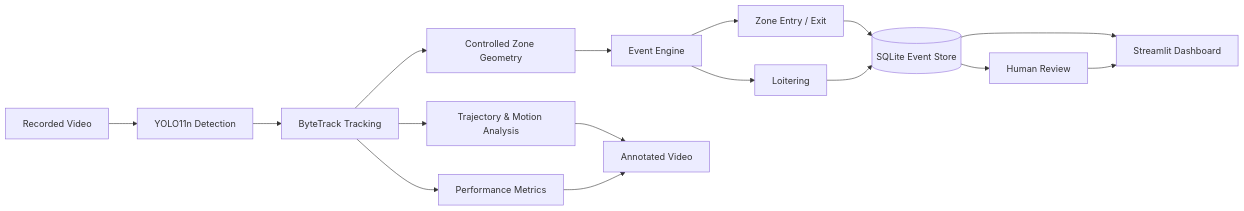
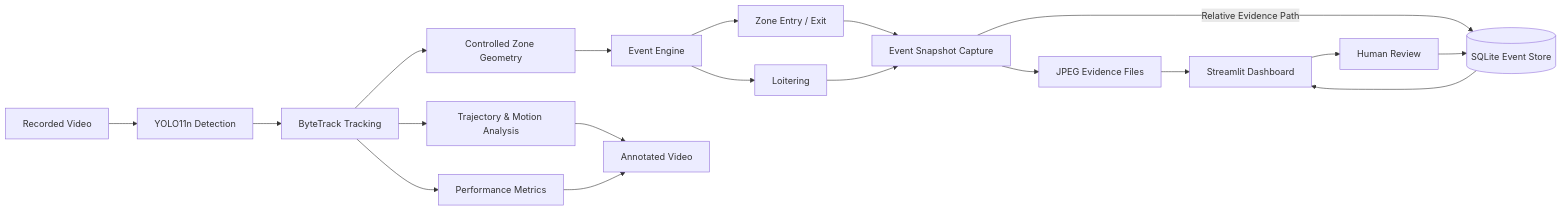
One commit to zelihakb/edge-situational-awareness changed the diagram in README.md. Above: the diagram before and after it, drawn with Mermaid. The commit also changed other lines of this file and 3 other files, not shown here.

Commit message:
Complete event evidence viewer and regression tests

````diff
--- a/README.md
+++ b/README.md
@@ -37,25 +40,29 @@
 ```mermaid
 flowchart LR
     A[Recorded Video] --> B[YOLO11n Detection]
     B --> C[ByteTrack Tracking]
 
     C --> D[Controlled Zone Geometry]
     C --> E[Trajectory & Motion Analysis]
 
     D --> F[Event Engine]
 
     F --> G[Zone Entry / Exit]
     F --> H[Loitering]
 
-    G --> I[(SQLite Event Store)]
+    G --> I[Event Snapshot Capture]
     H --> I
 
-    I --> J[Human Review]
-    I --> K[Streamlit Dashboard]
+    I --> J[JPEG Evidence Files]
+    I -->|Relative Evidence Path| K[(SQLite Event Store)]
 
-    J --> K
+    J --> L[Streamlit Dashboard]
+    K --> L
 
-    E --> L[Annotated Video]
-    C --> M[Performance Metrics]
-    M --> L
+    L --> M[Human Review]
+    M --> K
+
+    E --> N[Annotated Video]
+    C --> O[Performance Metrics]
+    O --> N
 ```
````
